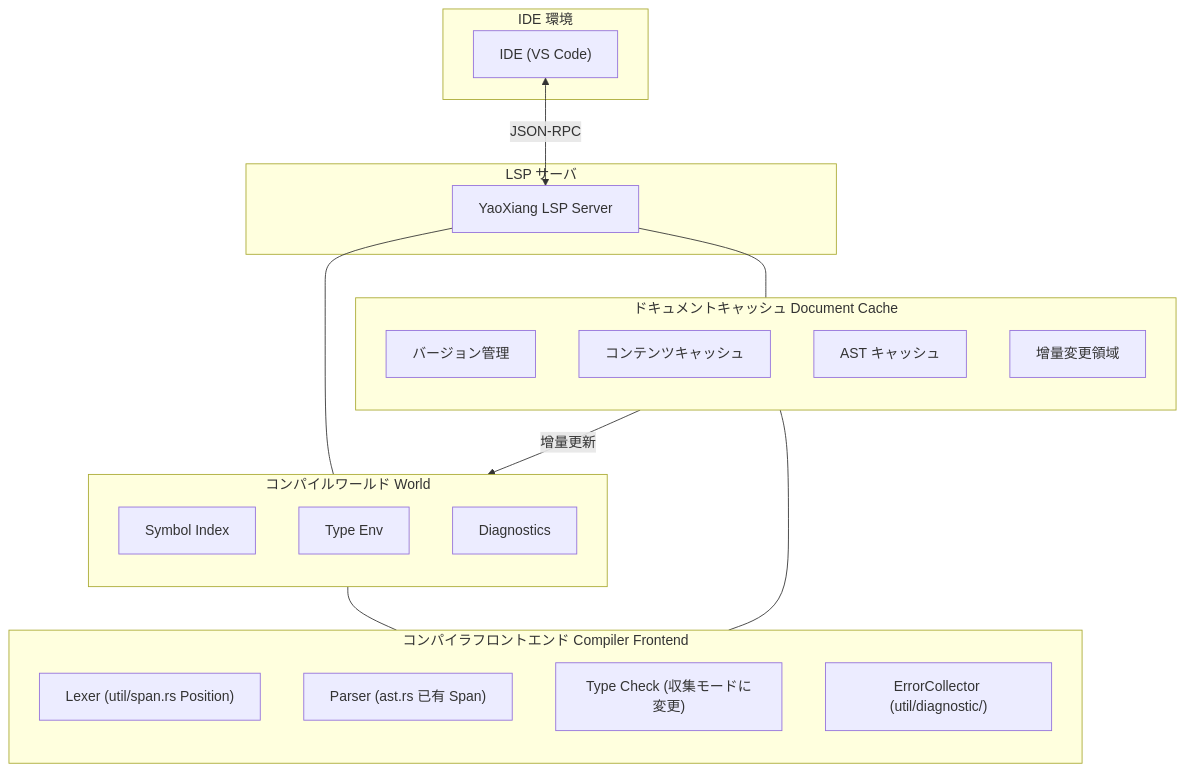
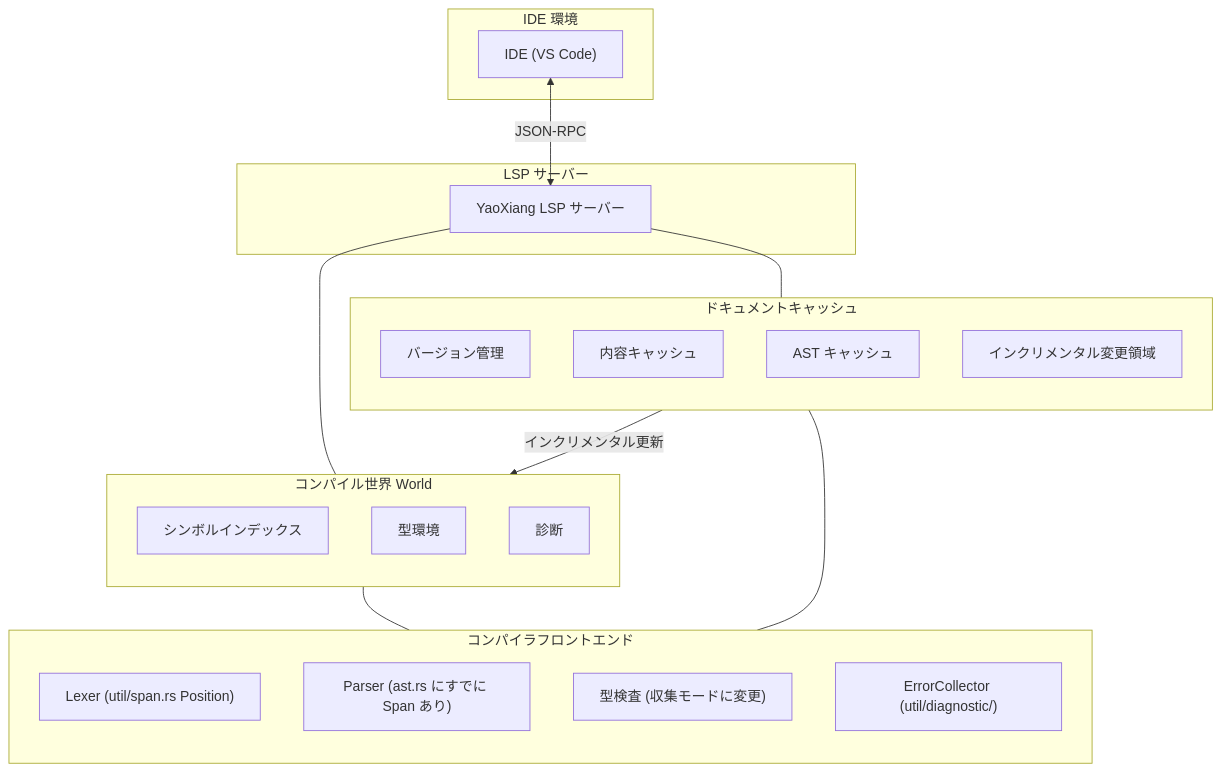
Before and after one commit to ChenXu233/YaoXiang: the diagram in docs/src/ja/design/rfc/accepted/017-lsp-support.md, drawn with Mermaid. The commit also changed other lines of this file and 142 other files, not shown here.

````diff
--- a/docs/src/ja/design/rfc/accepted/017-lsp-support.md
+++ b/docs/src/ja/design/rfc/accepted/017-lsp-support.md
@@ -150,43 +154,43 @@
 ```mermaid
 flowchart TD
     subgraph IDE_Environment [IDE 環境]
         IDE["IDE (VS Code)"]
     end
 
-    subgraph LSP_Server [LSP サーバ]
-        LSP["YaoXiang LSP Server"]
+    subgraph LSP_Server [LSP サーバー]
+        LSP["YaoXiang LSP サーバー"]
     end
 
-    subgraph World_Compile [コンパイルワールド World]
+    subgraph World_Compile [コンパイル世界 World]
         direction TB
-        W_Symbol["Symbol Index"]
-        W_Type["Type Env"]
-        W_Diag["Diagnostics"]
+        W_Symbol["シンボルインデックス"]
+        W_Type["型環境"]
+        W_Diag["診断"]
     end
 
-    subgraph Cache [ドキュメントキャッシュ Document Cache]
+    subgraph Cache [ドキュメントキャッシュ]
         direction TB
         C_Version["バージョン管理"]
-        C_Content["コンテンツキャッシュ"]
+        C_Content["内容キャッシュ"]
         C_AST["AST キャッシュ"]
-        C_Delta["增量変更領域"]
+        C_Delta["インクリメンタル変更領域"]
     end
 
-    subgraph Frontend [コンパイラフロントエンド Compiler Frontend]
+    subgraph Frontend [コンパイラフロントエンド]
         direction TB
         F_Lexer["Lexer (util/span.rs Position)"]
-        F_Parser["Parser (ast.rs 已有 Span)"]
-        F_TypeCheck["Type Check (収集モードに変更)"]
+        F_Parser["Parser (ast.rs にすでに Span あり)"]
+        F_TypeCheck["型検査 (収集モードに変更)"]
         F_ErrorCollector["ErrorCollector (util/diagnostic/)"]
     end
 
     IDE <-->|JSON-RPC| LSP
 
     LSP --- World_Compile
     LSP --- Cache
 
-    Cache -- "增量更新" --> World_Compile
+    Cache -- "インクリメンタル更新" --> World_Compile
 
     World_Compile --- Frontend
     Cache --- Frontend
 ```
````
